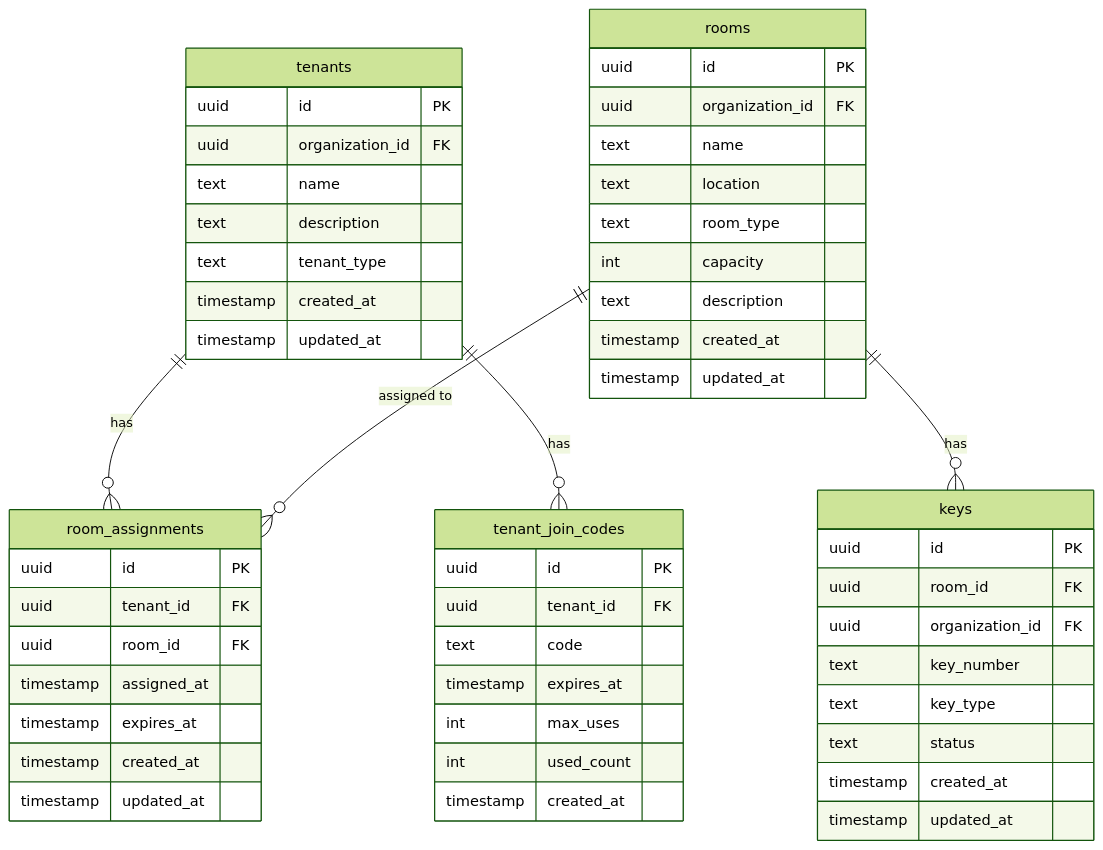
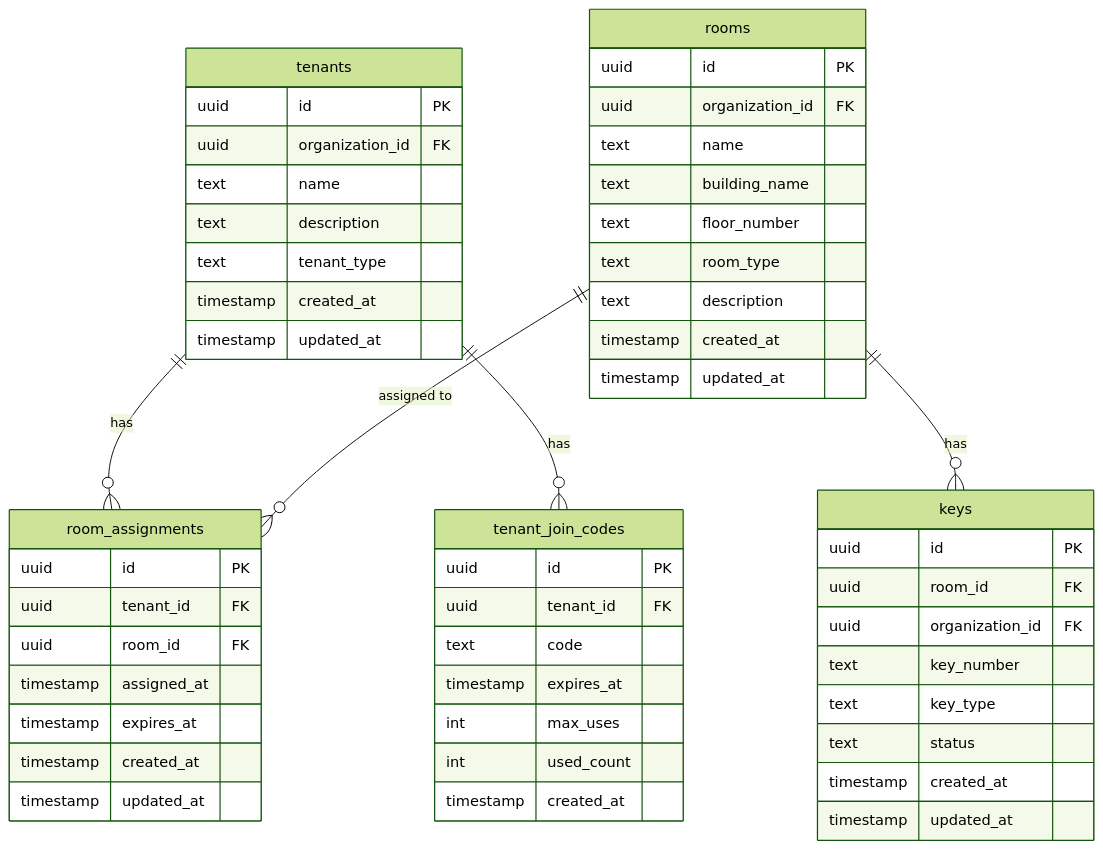
One commit to shibayama-club/keyhub changed the diagram in backend/docs/room-key/02-database-design.md. Above: the diagram before and after it, drawn with Mermaid (forest theme). The commit also changed other lines of this file and 2 other files, not shown here.

Commit message:
fix: roomsテーブルのcapacityとlocationカラムを削除し、locationは建物名・階数に分割したカラムにする

````diff
--- a/backend/docs/room-key/02-database-design.md
+++ b/backend/docs/room-key/02-database-design.md
@@ -5,60 +5,60 @@
 ```mermaid
 erDiagram
     tenants ||--o{ room_assignments : "has"
     tenants ||--o{ tenant_join_codes : "has"
     rooms ||--o{ room_assignments : "assigned to"
     rooms ||--o{ keys : "has"
 
     tenants {
         uuid id PK
         uuid organization_id FK
         text name
         text description
         text tenant_type
         timestamp created_at
         timestamp updated_at
     }
 
     rooms {
         uuid id PK
         uuid organization_id FK
         text name
-        text location
+        text building_name
+        text floor_number
         text room_type
-        int capacity
         text description
         timestamp created_at
         timestamp updated_at
     }
 
     keys {
         uuid id PK
         uuid room_id FK
         uuid organization_id FK
         text key_number
         text key_type
         text status
         timestamp created_at
         timestamp updated_at
     }
 
     room_assignments {
         uuid id PK
         uuid tenant_id FK
         uuid room_id FK
         timestamp assigned_at
         timestamp expires_at
         timestamp created_at
         timestamp updated_at
     }
 
     tenant_join_codes {
         uuid id PK
         uuid tenant_id FK
         text code
         timestamp expires_at
         int max_uses
         int used_count
         timestamp created_at
     }
 ```
````
